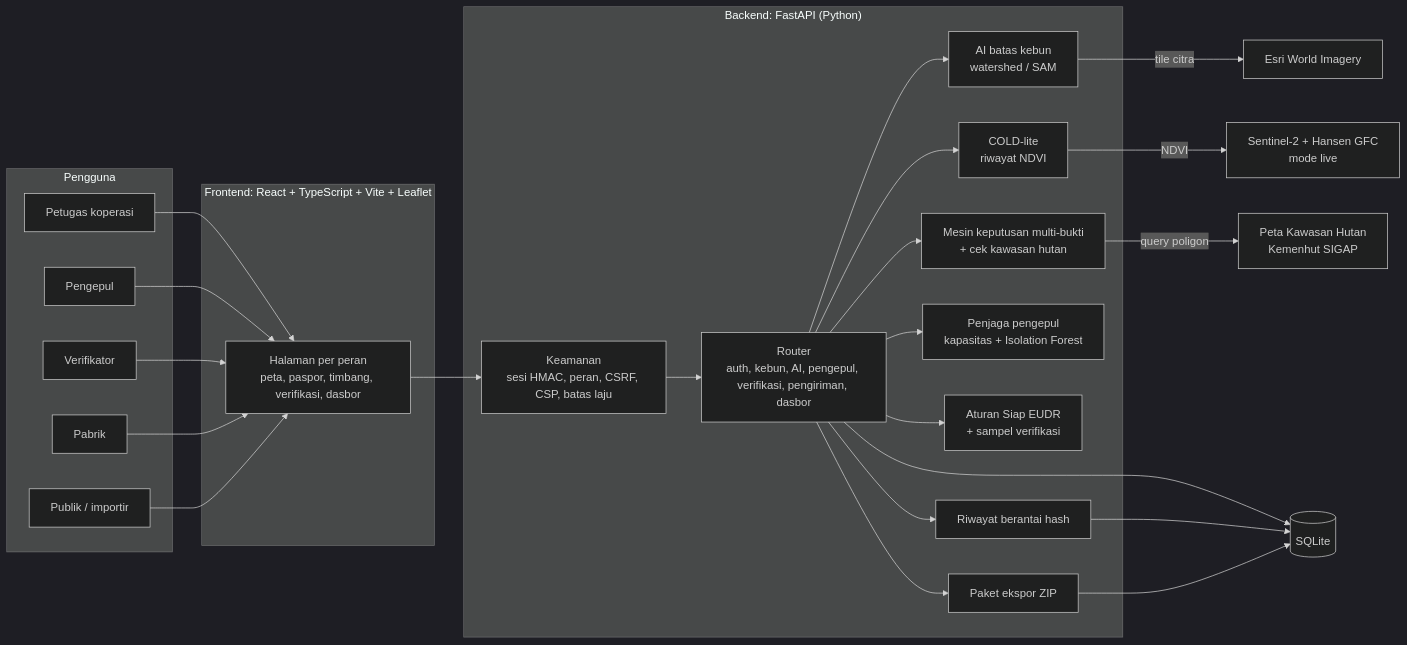
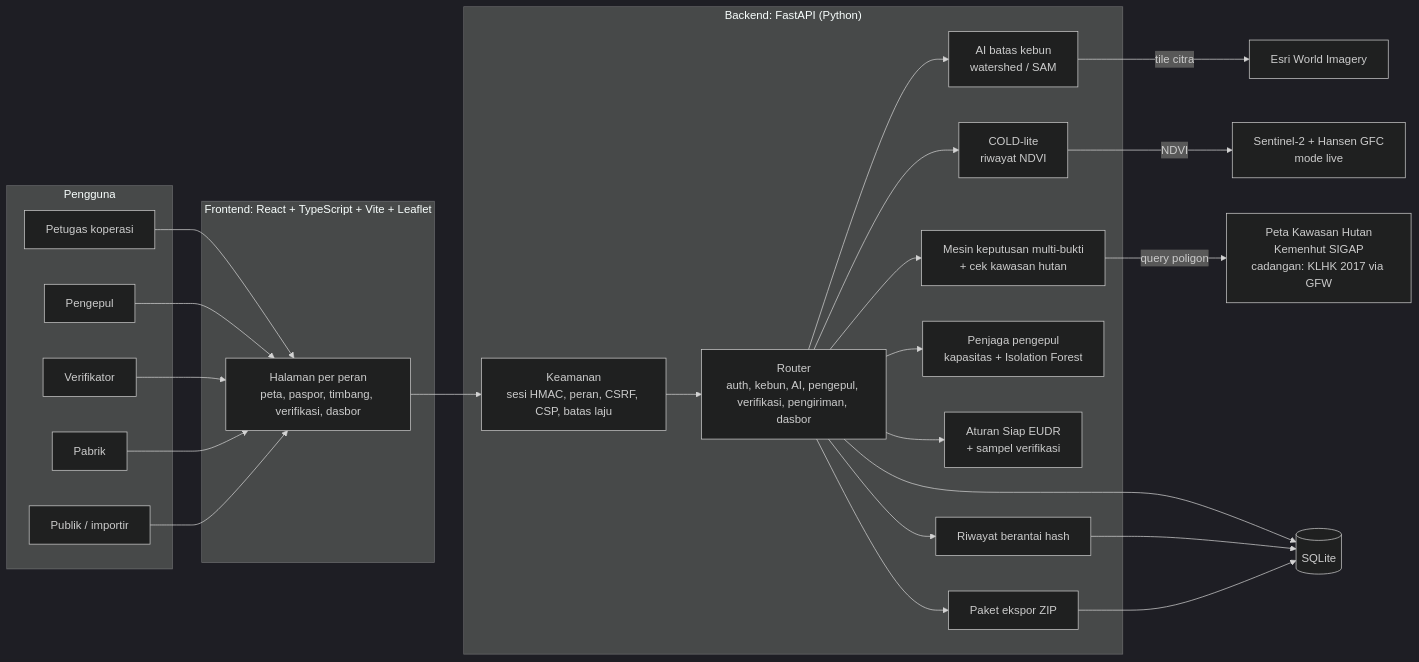
Before and after one commit to brianmacrio/Nyawit: the first of 2 diagrams in README.md, drawn with Mermaid (dark theme). The commit also changed other lines of this file and 2 other files, not shown here.

First line of the commit message:
docs: sumber peta kawasan cadangan, lokasi demo baru, dan jawaban juri soal batas kawasan

````diff
--- a/README.md
+++ b/README.md
@@ -65,35 +66,35 @@
 ```mermaid
 flowchart LR
   subgraph Pengguna
     K[Petugas koperasi]
     P[Pengepul]
     V[Verifikator]
     F[Pabrik]
     U[Publik / importir]
   end
   subgraph FE["Frontend: React + TypeScript + Vite + Leaflet"]
     UI[Halaman per peran<br/>peta, paspor, timbang, verifikasi, dasbor]
   end
   subgraph BE["Backend: FastAPI (Python)"]
     SEC[Keamanan<br/>sesi HMAC, peran, CSRF, CSP, batas laju]
     R[Router<br/>auth, kebun, AI, pengepul, verifikasi, pengiriman, dasbor]
     D[AI batas kebun<br/>watershed / SAM]
     T[COLD-lite<br/>riwayat NDVI]
     E[Mesin keputusan multi-bukti<br/>+ cek kawasan hutan]
     G[Penjaga pengepul<br/>kapasitas + Isolation Forest]
     RD[Aturan Siap EUDR<br/>+ sampel verifikasi]
     A[Riwayat berantai hash]
     S[Paket ekspor ZIP]
   end
   DB[(SQLite)]
   X1[Esri World Imagery]
-  X2[Peta Kawasan Hutan<br/>Kemenhut SIGAP]
+  X2[Peta Kawasan Hutan<br/>Kemenhut SIGAP<br/>cadangan: KLHK 2017 via GFW]
   X3[Sentinel-2 + Hansen GFC<br/>mode live]
   K & P & V & F & U --> UI --> SEC --> R
   R --> D & T & E & G & RD & S
   R --> A
   D -- tile citra --> X1
   E -- query poligon --> X2
   T -- NDVI --> X3
   R & A & S --> DB
 ```
````
